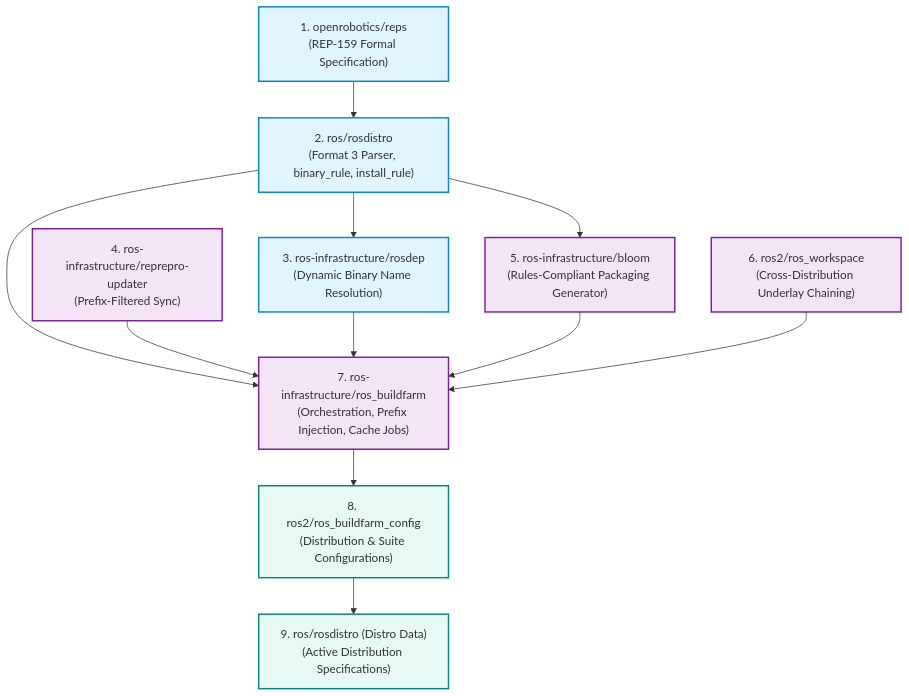
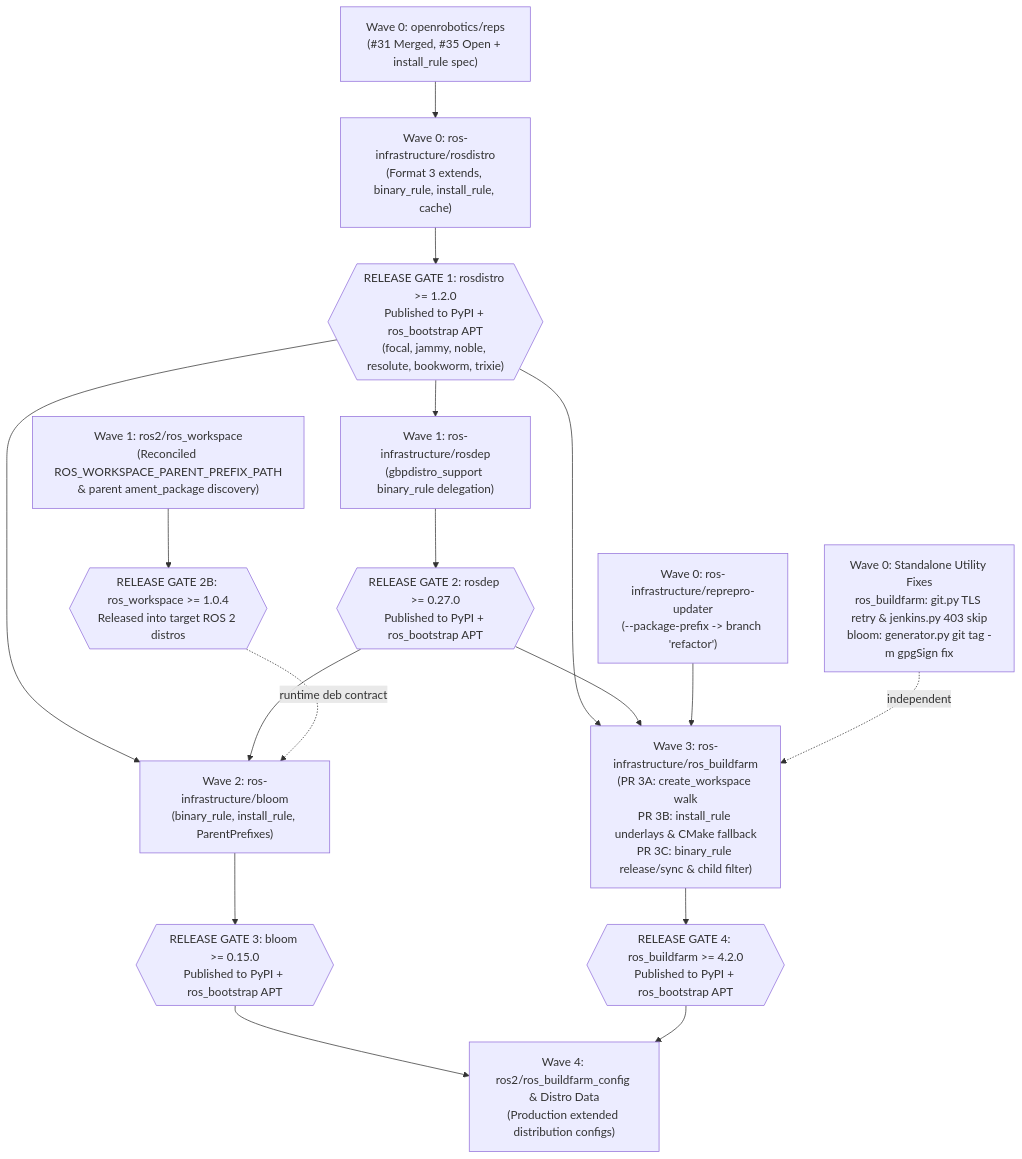
Before and after one commit to KmoM88/rep159-testing: the diagram in roadmap/README.md, drawn with Mermaid. The commit also changed other lines of this file and 10 other files, not shown here.

Commit message:
docs: add release-gated PR plan, separate core vs engineering fixes beyond rosdistro, and fix Gist links

````diff
--- a/roadmap/README.md
+++ b/roadmap/README.md
@@ -13,32 +11,49 @@
 ```mermaid
 flowchart TD
-    %% Upstream PR Sequence
-    REPS["1. openrobotics/reps<br/>(REP-159 Formal Specification)"]
-    ROSDISTRO["2. ros/rosdistro<br/>(Format 3 Parser, binary_rule, install_rule)"]
-    ROSDEP["3. ros-infrastructure/rosdep<br/>(Dynamic Binary Name Resolution)"]
-    REPREPRO["4. ros-infrastructure/reprepro-updater<br/>(Prefix-Filtered Sync)"]
-    BLOOM["5. ros-infrastructure/bloom<br/>(Rules-Compliant Packaging Generator)"]
-    WORKSPACE["6. ros2/ros_workspace<br/>(Cross-Distribution Underlay Chaining)"]
-    BUILDFARM["7. ros-infrastructure/ros_buildfarm<br/>(Orchestration, Prefix Injection, Cache Jobs)"]
-    CONFIG["8. ros2/ros_buildfarm_config<br/>(Distribution & Suite Configurations)"]
-    DATA["9. ros/rosdistro (Distro Data)<br/>(Active Distribution Specifications)"]
+    %% Wave 0: Zero Release Prerequisites
+    REPS["Wave 0: openrobotics/reps<br/>(#31 Merged, #35 Open + install_rule spec)"]
+    REPREPRO["Wave 0: ros-infrastructure/reprepro-updater<br/>(--package-prefix -> branch 'refactor')"]
+    BF_UTIL["Wave 0: Standalone Utility Fixes<br/>ros_buildfarm: git.py TLS retry & jenkins.py 403 skip<br/>bloom: generator.py git tag -m gpgSign fix"]
+    ROSDISTRO["Wave 0: ros-infrastructure/rosdistro<br/>(Format 3 extends, binary_rule, install_rule, cache)"]
+
+    %% Release Gate 1
+    GATE1{{"RELEASE GATE 1: rosdistro >= 1.2.0<br/>Published to PyPI + ros_bootstrap APT<br/>(focal, jammy, noble, resolute, bookworm, trixie)"}}
+
+    %% Wave 1
+    ROSDEP["Wave 1: ros-infrastructure/rosdep<br/>(gbpdistro_support binary_rule delegation)"]
+    WORKSPACE["Wave 1: ros2/ros_workspace<br/>(Reconciled ROS_WORKSPACE_PARENT_PREFIX_PATH<br/>& parent ament_package discovery)"]
+
+    %% Release Gate 2
+    GATE2{{"RELEASE GATE 2: rosdep >= 0.27.0<br/>Published to PyPI + ros_bootstrap APT"}}
+    GATE2B{{"RELEASE GATE 2B: ros_workspace >= 1.0.4<br/>Released into target ROS 2 distros"}}
+
+    %% Wave 2 & 3
+    BLOOM["Wave 2: ros-infrastructure/bloom<br/>(binary_rule, install_rule, ParentPrefixes)"]
+    GATE3{{"RELEASE GATE 3: bloom >= 0.15.0<br/>Published to PyPI + ros_bootstrap APT"}}
+
+    BUILDFARM["Wave 3: ros-infrastructure/ros_buildfarm<br/>(PR 3A: create_workspace walk<br/>PR 3B: install_rule underlays & CMake fallback<br/>PR 3C: binary_rule release/sync & child filter)"]
+    GATE4{{"RELEASE GATE 4: ros_buildfarm >= 4.2.0<br/>Published to PyPI + ros_bootstrap APT"}}
+
+    %% Wave 4
+    CONFIG["Wave 4: ros2/ros_buildfarm_config & Distro Data<br/>(Production extended distribution configs)"]
 
     REPS --> ROSDISTRO
-    ROSDISTRO --> ROSDEP
-    ROSDISTRO --> BLOOM
-    ROSDISTRO --> BUILDFARM
+    ROSDISTRO --> GATE1
+    GATE1 --> ROSDEP
+    ROSDEP --> GATE2
+
+    GATE1 --> BLOOM
+    GATE2 --> BLOOM
+    WORKSPACE --> GATE2B
+    GATE2B -. "runtime deb contract" .-> BLOOM
+    BLOOM --> GATE3
+
+    GATE1 --> BUILDFARM
+    GATE2 --> BUILDFARM
     REPREPRO --> BUILDFARM
-    ROSDEP --> BUILDFARM
-    BLOOM --> BUILDFARM
-    WORKSPACE --> BUILDFARM
-    BUILDFARM --> CONFIG
-    CONFIG --> DATA
+    BF_UTIL -. "independent" .-> BUILDFARM
+    BUILDFARM --> GATE4
 
-    classDef core fill:#e1f5fe,stroke:#0288d1,stroke-width:2px;
-    classDef infra fill:#f3e5f5,stroke:#7b1fa2,stroke-width:2px;
-    classDef leaf fill:#e8f8f5,stroke:#00897b,stroke-width:2px;
-
-    class REPS,ROSDISTRO,ROSDEP core;
-    class REPREPRO,BLOOM,WORKSPACE,BUILDFARM infra;
-    class CONFIG,DATA leaf;
+    GATE3 --> CONFIG
+    GATE4 --> CONFIG
 ```
````
